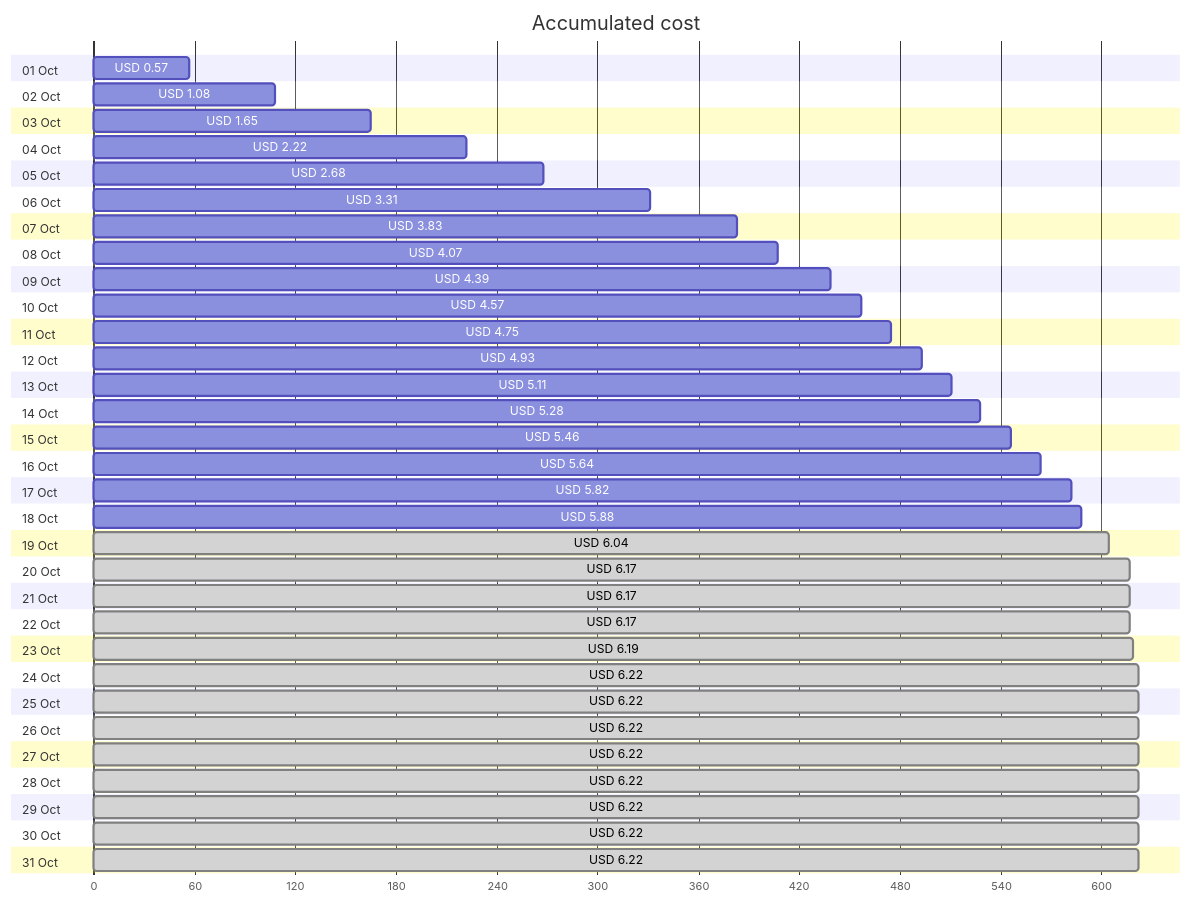
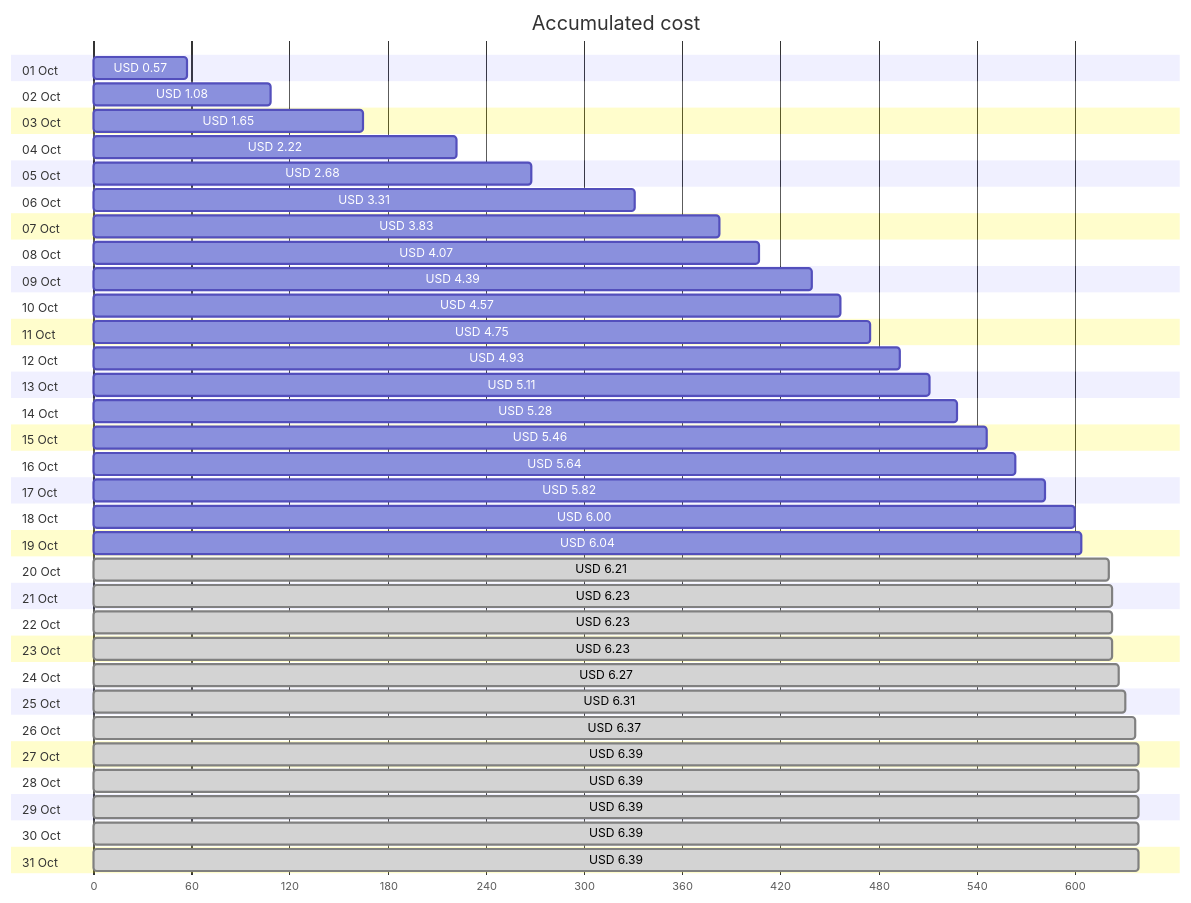
The first of 4 diagrams in cost-reports/personal-network/vpn-server.md (jpfulton/azure-personal-reports), drawn with Mermaid before and after one commit. The commit also changed other lines of this file and 8 other files, not shown here.

````diff
--- a/cost-reports/personal-network/vpn-server.md
+++ b/cost-reports/personal-network/vpn-server.md
@@ -20,68 +20,68 @@
 ```mermaid
 gantt
    title Accumulated cost
    dateFormat  X
    axisFormat %s
    section 01 Oct
    USD 0.57 :0, 57
    section 02 Oct
    USD 1.08 :0, 108
    section 03 Oct
    USD 1.65 :0, 165
    section 04 Oct
    USD 2.22 :0, 222
    section 05 Oct
    USD 2.68 :0, 268
    section 06 Oct
    USD 3.31 :0, 331
    section 07 Oct
    USD 3.83 :0, 383
    section 08 Oct
    USD 4.07 :0, 407
    section 09 Oct
    USD 4.39 :0, 439
    section 10 Oct
    USD 4.57 :0, 457
    section 11 Oct
    USD 4.75 :0, 475
    section 12 Oct
    USD 4.93 :0, 493
    section 13 Oct
    USD 5.11 :0, 511
    section 14 Oct
    USD 5.28 :0, 528
    section 15 Oct
    USD 5.46 :0, 546
    section 16 Oct
    USD 5.64 :0, 564
    section 17 Oct
    USD 5.82 :0, 582
    section 18 Oct
-   USD 5.88 :0, 588
+   USD 6.00 :0, 600
    section 19 Oct
-   USD 6.04 : done, 0, 604
+   USD 6.04 :0, 604
    section 20 Oct
-   USD 6.17 : done, 0, 617
+   USD 6.21 : done, 0, 621
    section 21 Oct
-   USD 6.17 : done, 0, 617
+   USD 6.23 : done, 0, 623
    section 22 Oct
-   USD 6.17 : done, 0, 617
+   USD 6.23 : done, 0, 623
    section 23 Oct
-   USD 6.19 : done, 0, 619
+   USD 6.23 : done, 0, 623
    section 24 Oct
-   USD 6.22 : done, 0, 622
+   USD 6.27 : done, 0, 627
    section 25 Oct
-   USD 6.22 : done, 0, 622
+   USD 6.31 : done, 0, 631
    section 26 Oct
-   USD 6.22 : done, 0, 622
+   USD 6.37 : done, 0, 637
    section 27 Oct
-   USD 6.22 : done, 0, 622
+   USD 6.39 : done, 0, 639
    section 28 Oct
-   USD 6.22 : done, 0, 622
+   USD 6.39 : done, 0, 639
    section 29 Oct
-   USD 6.22 : done, 0, 622
+   USD 6.39 : done, 0, 639
    section 30 Oct
-   USD 6.22 : done, 0, 622
+   USD 6.39 : done, 0, 639
    section 31 Oct
-   USD 6.22 : done, 0, 622
+   USD 6.39 : done, 0, 639
 ```
````
